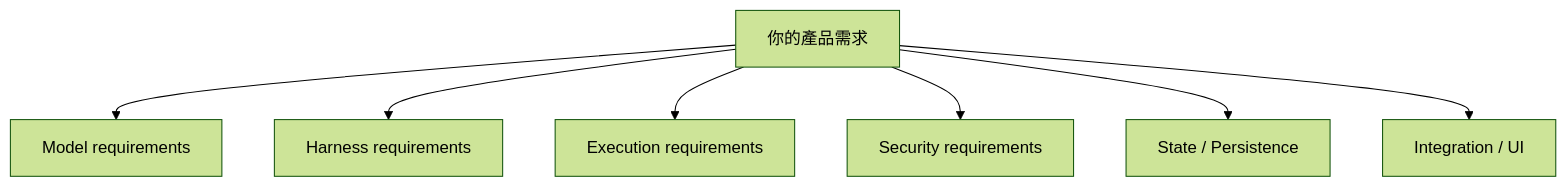
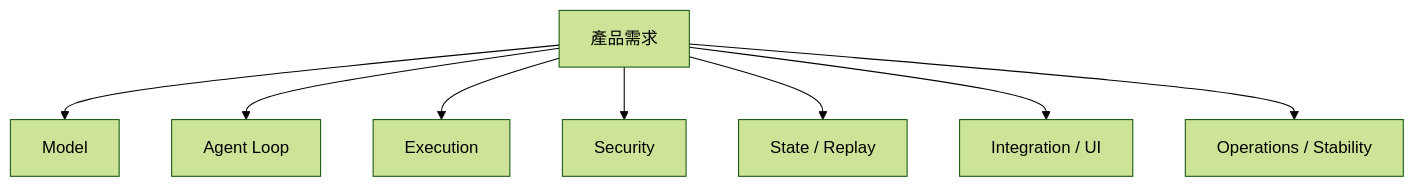
One commit to indigofeather/harness-book changed the fourth of 5 diagrams in docs/comparison/selection-guide.md. Above: the diagram before and after it, drawn with Mermaid (forest theme). The commit also changed other lines of this file and 13 other files, not shown here.

````diff
--- a/docs/comparison/selection-guide.md
+++ b/docs/comparison/selection-guide.md
@@ -239,10 +314,11 @@
 ```mermaid
 flowchart TB
-  PRODUCT[你的產品需求]
-  PRODUCT --> MODEL[Model requirements]
-  PRODUCT --> H[Harness requirements]
-  PRODUCT --> EXEC[Execution requirements]
-  PRODUCT --> SEC[Security requirements]
-  PRODUCT --> STATE[State / Persistence]
+  PRODUCT[產品需求]
+  PRODUCT --> MODEL[Model]
+  PRODUCT --> LOOP[Agent Loop]
+  PRODUCT --> EXEC[Execution]
+  PRODUCT --> SEC[Security]
+  PRODUCT --> STATE[State / Replay]
   PRODUCT --> UI[Integration / UI]
+  PRODUCT --> OPS[Operations / Stability]
 ```
````
